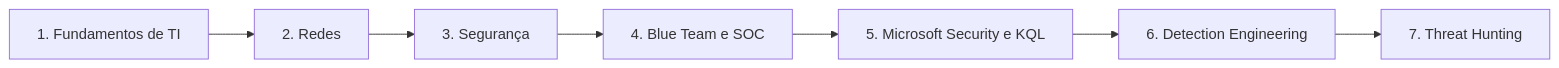
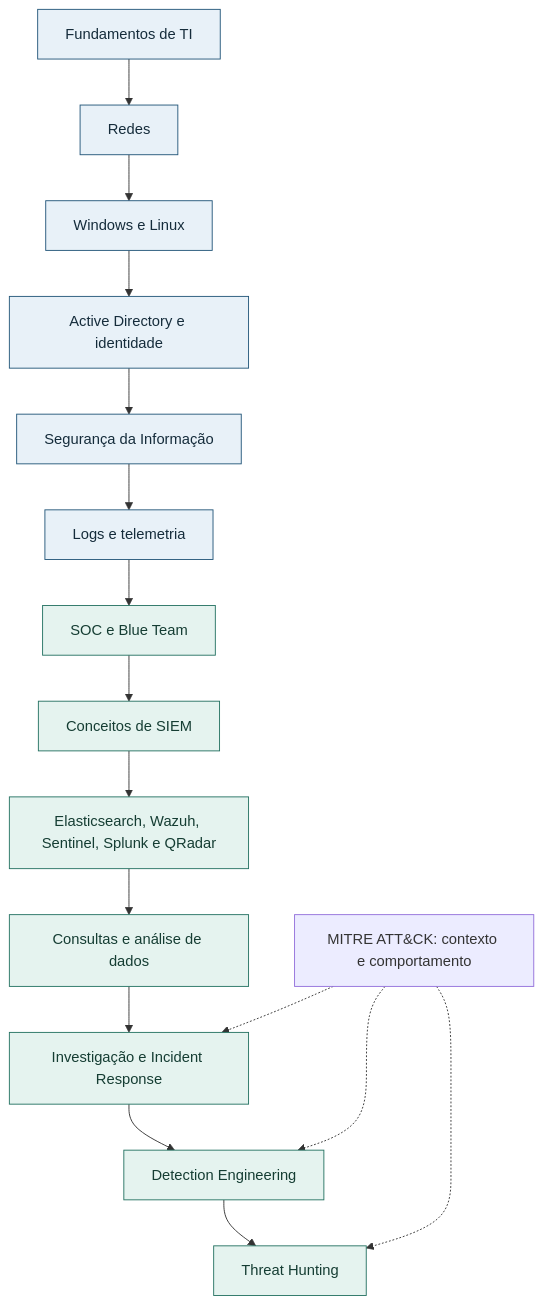
One commit to meloalan/Caminho-das-Pedras-CyberSecurity changed the diagram in README.md. Above: the diagram before and after it, drawn with Mermaid. The commit also changed other lines of this file, not shown here.

Commit message:
docs: amplia README com jornada, SIEM e fundamentos de Cybersecurity

````diff
--- a/README.md
+++ b/README.md
@@ -32,9 +217,22 @@
 ```mermaid
-flowchart LR
-    A[1. Fundamentos de TI] --> B[2. Redes]
-    B --> C[3. Segurança]
-    C --> D[4. Blue Team e SOC]
-    D --> E[5. Microsoft Security e KQL]
-    E --> F[6. Detection Engineering]
-    F --> G[7. Threat Hunting]
+flowchart TD
+    A[Fundamentos de TI] --> B[Redes]
+    B --> C[Windows e Linux]
+    C --> D[Active Directory e identidade]
+    D --> E[Segurança da Informação]
+    E --> F[Logs e telemetria]
+    F --> G[SOC e Blue Team]
+    G --> H[Conceitos de SIEM]
+    H --> I[Elasticsearch, Wazuh, Sentinel, Splunk e QRadar]
+    I --> J[Consultas e análise de dados]
+    J --> K[Investigação e Incident Response]
+    K --> L[Detection Engineering]
+    L --> M[Threat Hunting]
+    N[MITRE ATT&CK: contexto e comportamento] -.-> K
+    N -.-> L
+    N -.-> M
+    classDef base fill:#e8f1f8,stroke:#24577a,color:#152c3b
+    classDef practice fill:#e5f3ef,stroke:#267363,color:#153d33
+    class A,B,C,D,E,F base
+    class G,H,I,J,K,L,M practice
 ```
````
